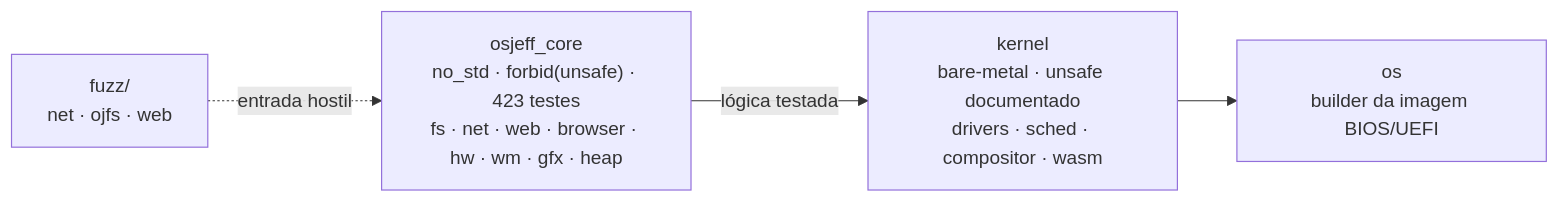
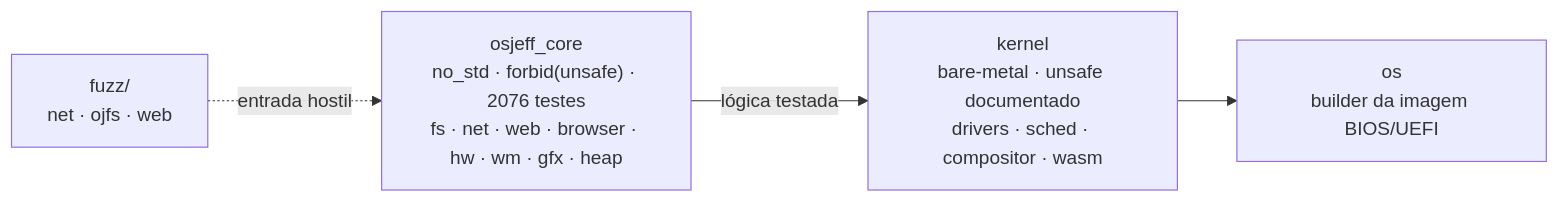
Before and after one commit to Jeffinp/OSjeff: the diagram in README.md, drawn with Mermaid. The commit also changed other lines of this file and 13 other files, not shown here.

First line of the commit message:
docs: W15b integration (editor-shell design, architecture, testing, changelog, screenshots)

````diff
--- a/README.md
+++ b/README.md
@@ -91,9 +91,9 @@
 ```mermaid
 flowchart LR
-    CORE["osjeff_core<br/>no_std · forbid(unsafe) · 423 testes<br/>fs · net · web · browser · hw · wm · gfx · heap"]
+    CORE["osjeff_core<br/>no_std · forbid(unsafe) · 2076 testes<br/>fs · net · web · browser · hw · wm · gfx · heap"]
     KERNEL["kernel<br/>bare-metal · unsafe documentado<br/>drivers · sched · compositor · wasm"]
     OS["os<br/>builder da imagem BIOS/UEFI"]
     FUZZ["fuzz/<br/>net · ojfs · web"]
     CORE -->|lógica testada| KERNEL --> OS
     FUZZ -.->|entrada hostil| CORE
 ```
````
